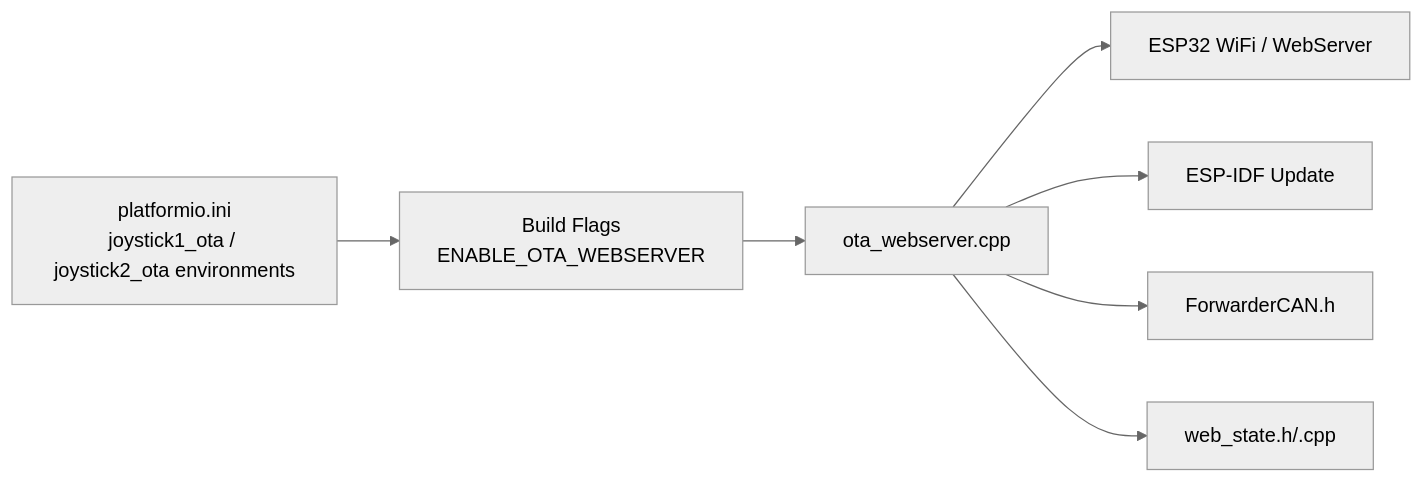
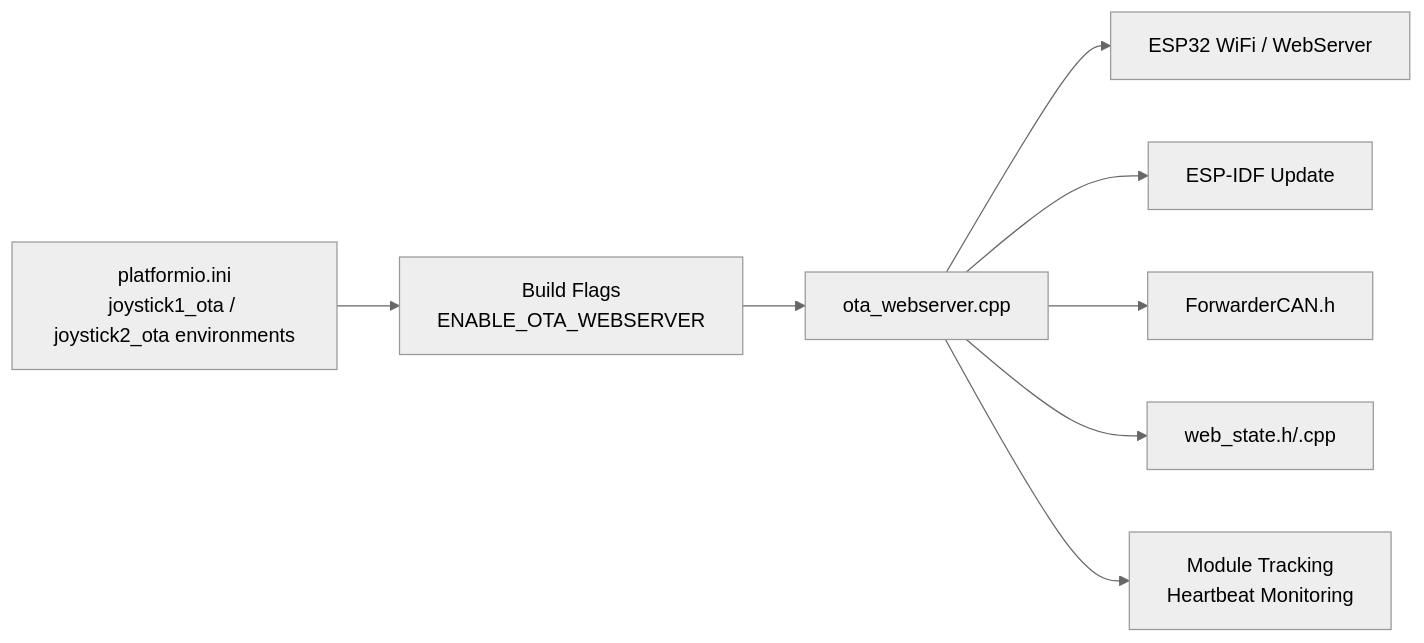
Before and after one commit to gunicsba/ESP_CAN_ECU_joystick_collection: the eighth of 9 diagrams in .qoder/repowiki/en/content/OTA Firmware Updates/OTA Firmware Updates.md, drawn with Mermaid (neutral theme). The commit also changed other lines of this file and 11 other files, not shown here.

````diff
--- a/.qoder/repowiki/en/content/OTA Firmware Updates/OTA Firmware Updates.md
+++ b/.qoder/repowiki/en/content/OTA Firmware Updates/OTA Firmware Updates.md
@@ -254,9 +300,10 @@
 ```mermaid
 graph LR
 Flags["Build Flags<br/>ENABLE_OTA_WEBSERVER"] --> OTA["ota_webserver.cpp"]
 OTA --> WiFi["ESP32 WiFi / WebServer"]
 OTA --> Update["ESP-IDF Update"]
 OTA --> CAN["ForwarderCAN.h"]
 OTA --> State["web_state.h/.cpp"]
+OTA --> Tracker["Module Tracking<br/>Heartbeat Monitoring"]
 Env["platformio.ini<br/>joystick1_ota / joystick2_ota environments"] --> Flags
 ```
````
